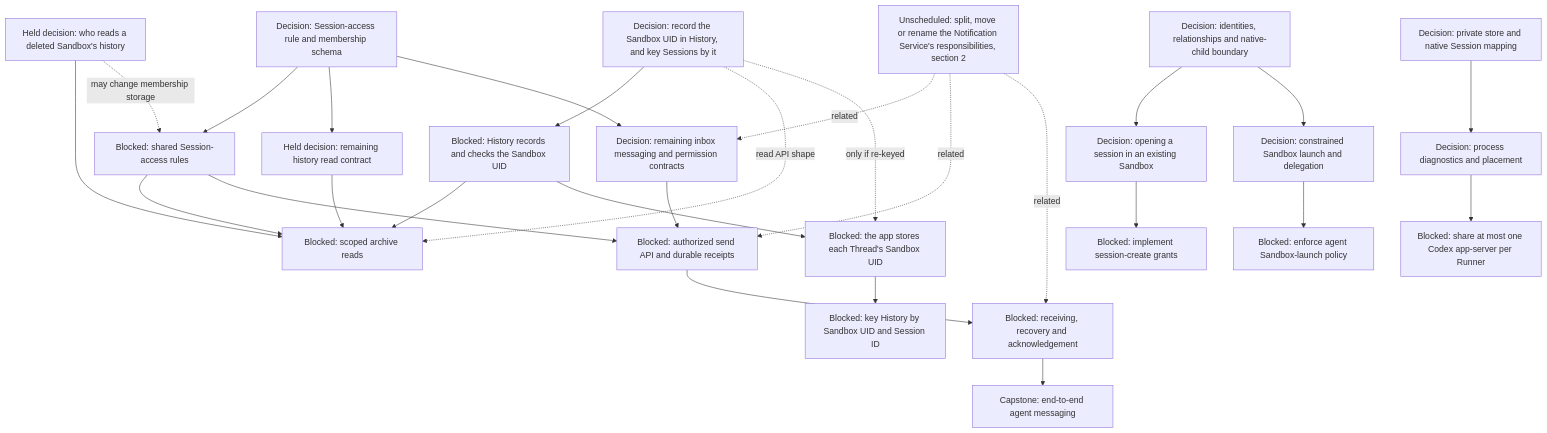
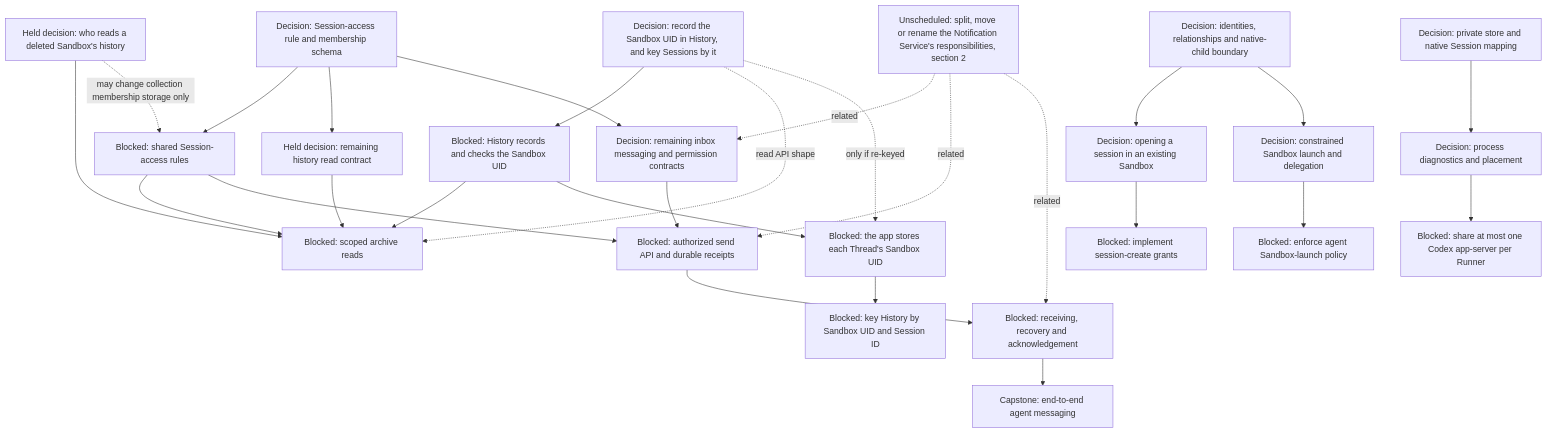
One commit to agentydragon-agent/ducktape changed the fifth of 16 diagrams in agentplane/plans/task_dag.md. Above: the diagram before and after it, drawn with Mermaid. The commit also changed other lines of this file and 8 other files, not shown here.

````diff
--- a/agentplane/plans/task_dag.md
+++ b/agentplane/plans/task_dag.md
@@ -250,49 +250,49 @@
 ```mermaid
 flowchart TD
     MULTIAGENT_MODEL[Decision: identities, relationships and native-child boundary]
     SESSION_ACCESS_RULES_DESIGN[Decision: Session-access rule and membership schema]
     SESSION_ACCESS_RULES[Blocked: shared Session-access rules]
     THREAD_READ_POLICY_DESIGN[Held decision: remaining history read contract]
     HISTORY_ACCESS_AFTER_DELETION[Held decision: who reads a deleted Sandbox's history]
     THREAD_READ_POLICY[Blocked: scoped archive reads]
     HISTORY_SESSION_KEY_DESIGN[Decision: record the Sandbox UID in History, and key Sessions by it]
     HISTORY_SANDBOX_UID[Blocked: History records and checks the Sandbox UID]
     APP_THREAD_SANDBOX_UID[Blocked: the app stores each Thread's Sandbox UID]
     HISTORY_SESSION_REKEY[Blocked: key History by Sandbox UID and Session ID]
     AGENT_MESSAGING_DESIGN[Decision: remaining inbox messaging and permission contracts]
     AGENT_MESSAGE_INGRESS[Blocked: authorized send API and durable receipts]
     AGENT_MESSAGE_RECEPTION[Blocked: receiving, recovery and acknowledgement]
     AGENT_MESSAGING[Capstone: end-to-end agent messaging]
     THREAD_CREATE_POLICY[Decision: opening a session in an existing Sandbox]
     THREAD_CREATE_AUTHORIZATION[Blocked: implement session-create grants]
     AGENT_LAUNCH_POLICY_DESIGN[Decision: constrained Sandbox launch and delegation]
     AGENT_SANDBOX_LAUNCH[Blocked: enforce agent Sandbox-launch policy]
     MULTIAGENT_MODEL --> THREAD_CREATE_POLICY
     MULTIAGENT_MODEL --> AGENT_LAUNCH_POLICY_DESIGN
     SESSION_ACCESS_RULES_DESIGN --> SESSION_ACCESS_RULES
     SESSION_ACCESS_RULES_DESIGN --> THREAD_READ_POLICY_DESIGN
     SESSION_ACCESS_RULES_DESIGN --> AGENT_MESSAGING_DESIGN
     THREAD_READ_POLICY_DESIGN --> THREAD_READ_POLICY
     HISTORY_ACCESS_AFTER_DELETION --> THREAD_READ_POLICY
-    HISTORY_ACCESS_AFTER_DELETION -. may change membership storage .-> SESSION_ACCESS_RULES
+    HISTORY_ACCESS_AFTER_DELETION -. may change collection membership storage only .-> SESSION_ACCESS_RULES
     SESSION_ACCESS_RULES --> THREAD_READ_POLICY
     HISTORY_SESSION_KEY_DESIGN --> HISTORY_SANDBOX_UID
     HISTORY_SESSION_KEY_DESIGN -. read API shape .-> THREAD_READ_POLICY
     HISTORY_SESSION_KEY_DESIGN -. only if re-keyed .-> APP_THREAD_SANDBOX_UID
     HISTORY_SANDBOX_UID --> THREAD_READ_POLICY
     HISTORY_SANDBOX_UID --> APP_THREAD_SANDBOX_UID
     APP_THREAD_SANDBOX_UID --> HISTORY_SESSION_REKEY
     SESSION_ACCESS_RULES --> AGENT_MESSAGE_INGRESS
     AGENT_MESSAGING_DESIGN --> AGENT_MESSAGE_INGRESS
     AGENT_MESSAGE_INGRESS --> AGENT_MESSAGE_RECEPTION
     NOTIFICATION_SERVICE_SPLIT[Unscheduled: split, move or rename the Notification Service's responsibilities, section 2] -. related .-> AGENT_MESSAGING_DESIGN
     NOTIFICATION_SERVICE_SPLIT -. related .-> AGENT_MESSAGE_INGRESS
     NOTIFICATION_SERVICE_SPLIT -. related .-> AGENT_MESSAGE_RECEPTION
     AGENT_MESSAGE_RECEPTION --> AGENT_MESSAGING
     THREAD_CREATE_POLICY --> THREAD_CREATE_AUTHORIZATION
     AGENT_LAUNCH_POLICY_DESIGN --> AGENT_SANDBOX_LAUNCH
     RUNNER_HARNESS_OBJECTS_DESIGN[Decision: process diagnostics and placement]
     HARNESS_IDENTITY_DESIGN[Decision: private store and native Session mapping]
     HARNESS_IDENTITY_DESIGN --> RUNNER_HARNESS_OBJECTS_DESIGN
     RUNNER_HARNESS_OBJECTS_DESIGN --> RUNNER_CODEX_SHARED_PROCESS[Blocked: share at most one Codex app-server per Runner]
 ```
````
